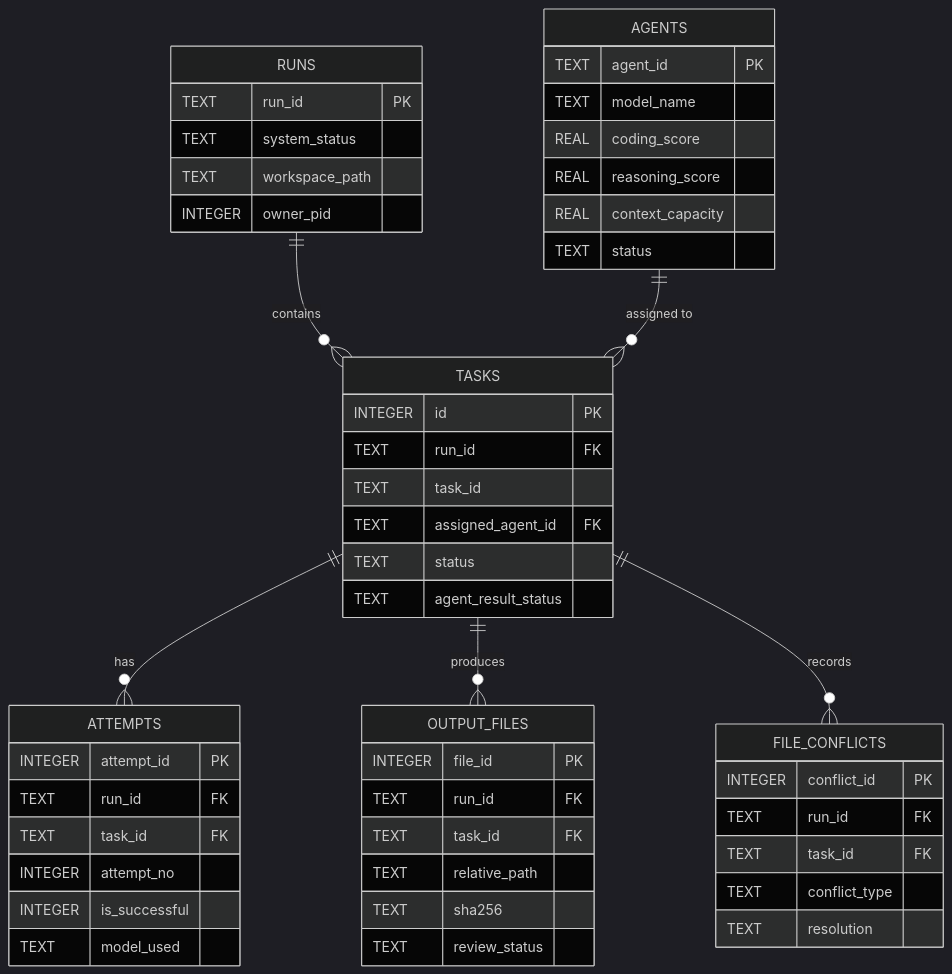
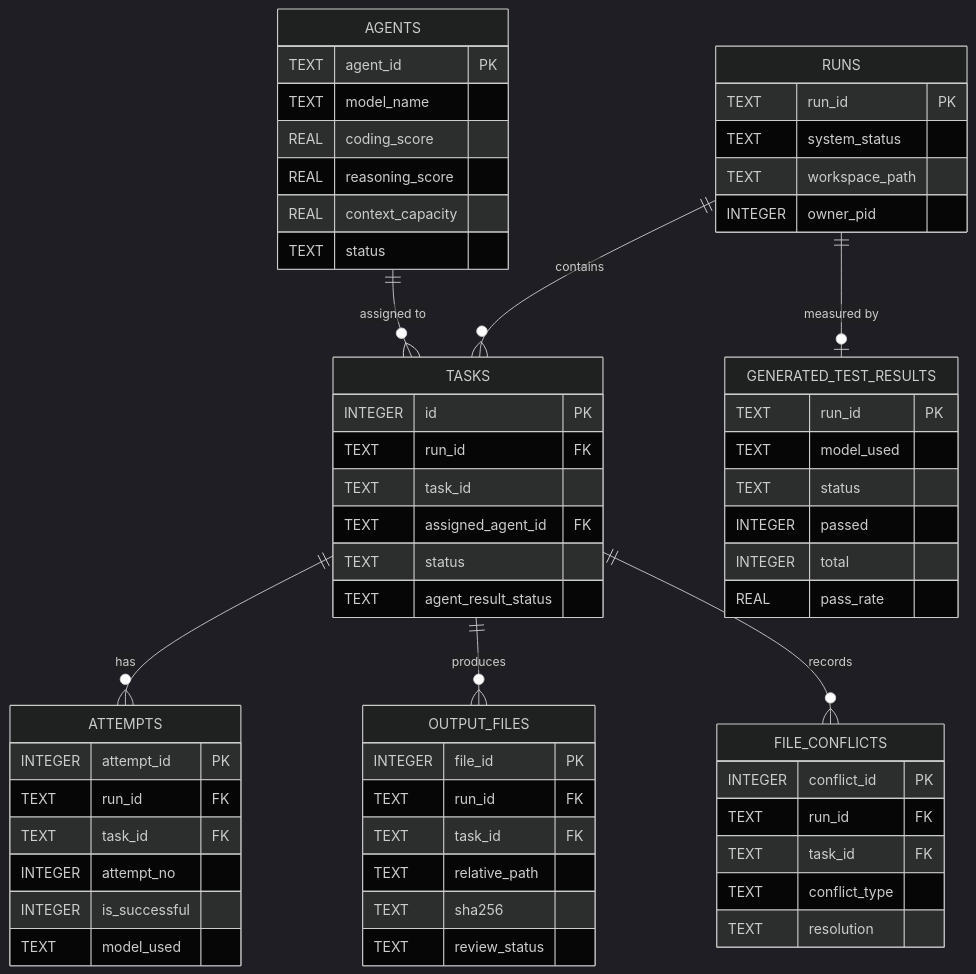
Before and after one commit to gorkemcolakk/Distributed-AI-Software-Development-Platform: the diagram in docs/DATA_MODEL.md, drawn with Mermaid (dark theme). The commit also changed other lines of this file and 4 other files, not shown here.

````diff
--- a/docs/DATA_MODEL.md
+++ b/docs/DATA_MODEL.md
@@ -138,53 +154,62 @@
 ```mermaid
 erDiagram
     RUNS ||--o{ TASKS : "contains"
     AGENTS ||--o{ TASKS : "assigned to"
     TASKS ||--o{ ATTEMPTS : "has"
     TASKS ||--o{ OUTPUT_FILES : "produces"
     TASKS ||--o{ FILE_CONFLICTS : "records"
+    RUNS ||--o| GENERATED_TEST_RESULTS : "measured by"
     RUNS {
         TEXT run_id PK
         TEXT system_status
         TEXT workspace_path
         INTEGER owner_pid
     }
     AGENTS {
         TEXT agent_id PK
         TEXT model_name
         REAL coding_score
         REAL reasoning_score
         REAL context_capacity
         TEXT status
     }
     TASKS {
         INTEGER id PK
         TEXT run_id FK
         TEXT task_id
         TEXT assigned_agent_id FK
         TEXT status
         TEXT agent_result_status
     }
     ATTEMPTS {
         INTEGER attempt_id PK
         TEXT run_id FK
         TEXT task_id FK
         INTEGER attempt_no
         INTEGER is_successful
         TEXT model_used
     }
     OUTPUT_FILES {
         INTEGER file_id PK
         TEXT run_id FK
         TEXT task_id FK
         TEXT relative_path
         TEXT sha256
         TEXT review_status
     }
     FILE_CONFLICTS {
         INTEGER conflict_id PK
         TEXT run_id FK
         TEXT task_id FK
         TEXT conflict_type
         TEXT resolution
     }
+    GENERATED_TEST_RESULTS {
+        TEXT run_id PK
+        TEXT model_used
+        TEXT status
+        INTEGER passed
+        INTEGER total
+        REAL pass_rate
+    }
 ```
````
